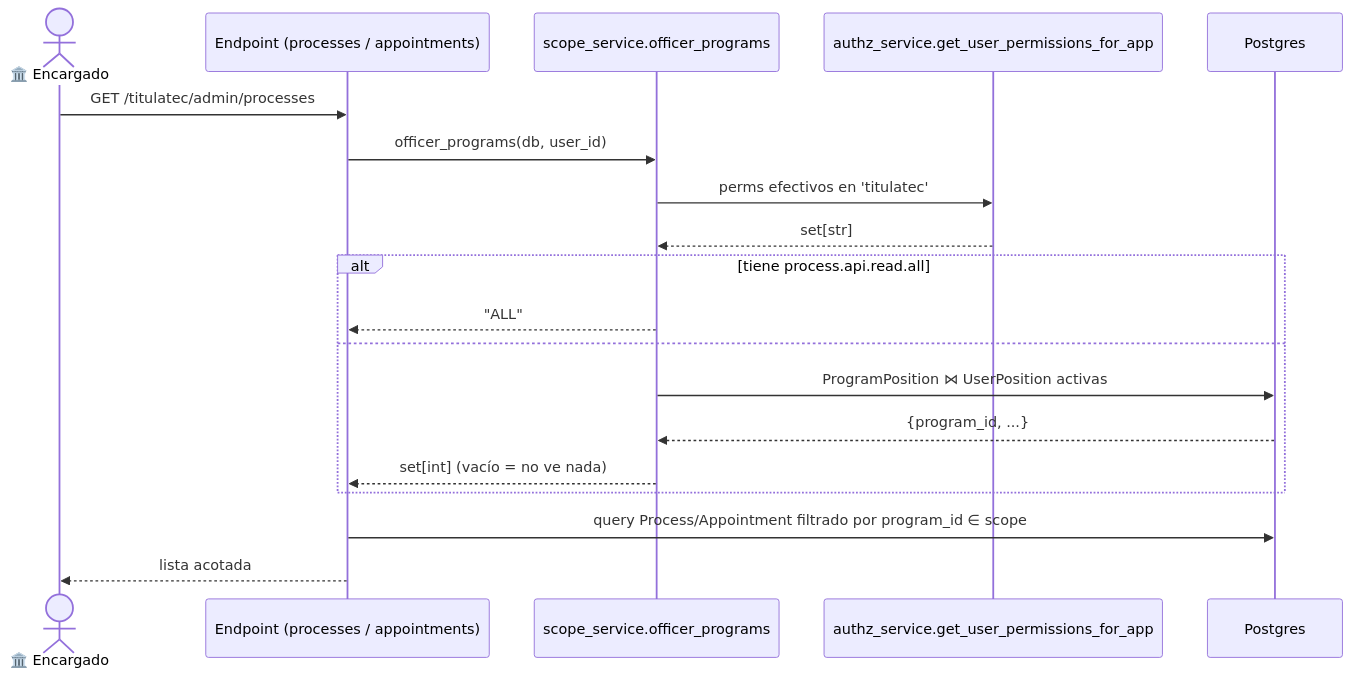
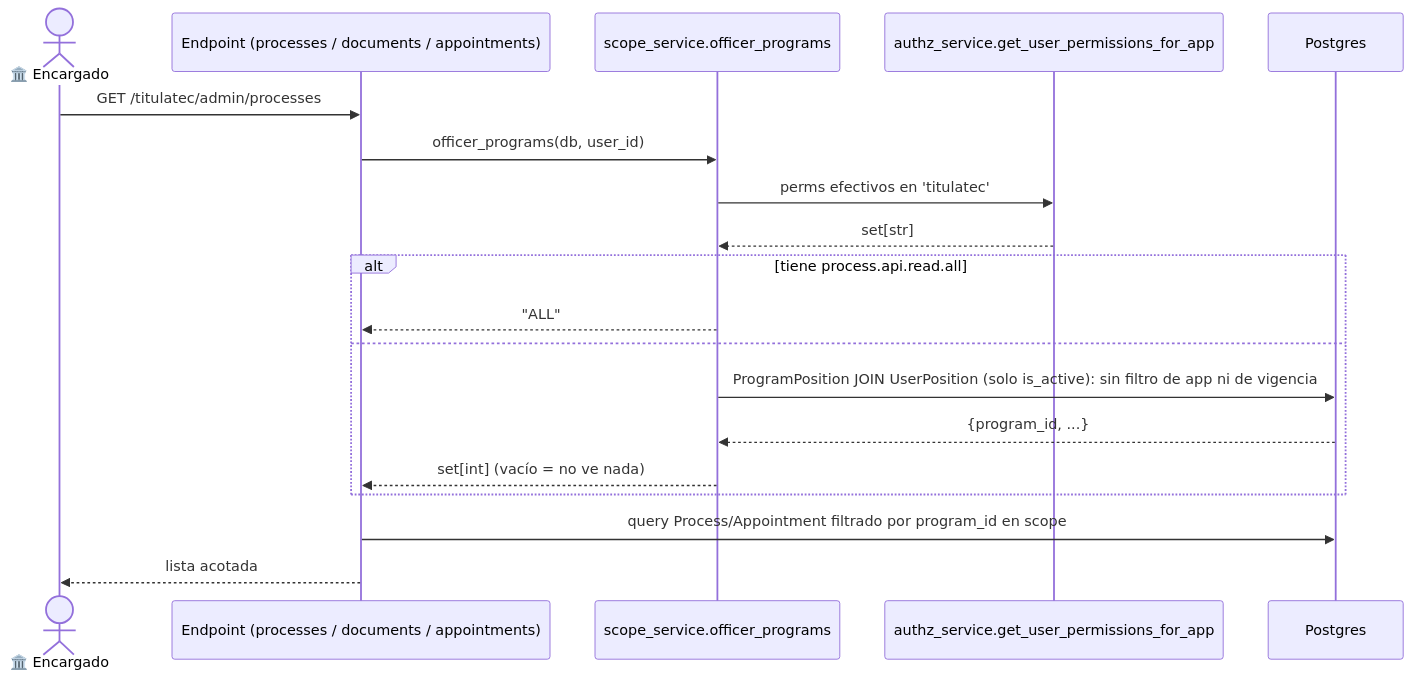
Before and after one commit to Erne1357/itcj: the diagram in itcj2/apps/titulatec/docs/flows/engine_officer_scope.md, drawn with Mermaid. The commit also changed other lines of this file and 14 other files, not shown here.

````diff
--- a/itcj2/apps/titulatec/docs/flows/engine_officer_scope.md
+++ b/itcj2/apps/titulatec/docs/flows/engine_officer_scope.md
@@ -35,21 +41,21 @@
 ```mermaid
 sequenceDiagram
     actor U as 🏛️ Encargado
-    participant API as Endpoint (processes / appointments)
+    participant API as Endpoint (processes / documents / appointments)
     participant SC as scope_service.officer_programs
     participant AZ as authz_service.get_user_permissions_for_app
     participant DB as Postgres
     U->>API: GET /titulatec/admin/processes
     API->>SC: officer_programs(db, user_id)
     SC->>AZ: perms efectivos en 'titulatec'
     AZ-->>SC: set[str]
     alt tiene process.api.read.all
         SC-->>API: "ALL"
     else
-        SC->>DB: ProgramPosition ⋈ UserPosition activas
+        SC->>DB: ProgramPosition JOIN UserPosition (solo is_active): sin filtro de app ni de vigencia
         DB-->>SC: {program_id, ...}
         SC-->>API: set[int]  (vacío = no ve nada)
     end
-    API->>DB: query Process/Appointment filtrado por program_id ∈ scope
+    API->>DB: query Process/Appointment filtrado por program_id en scope
     API-->>U: lista acotada
 ```
````
